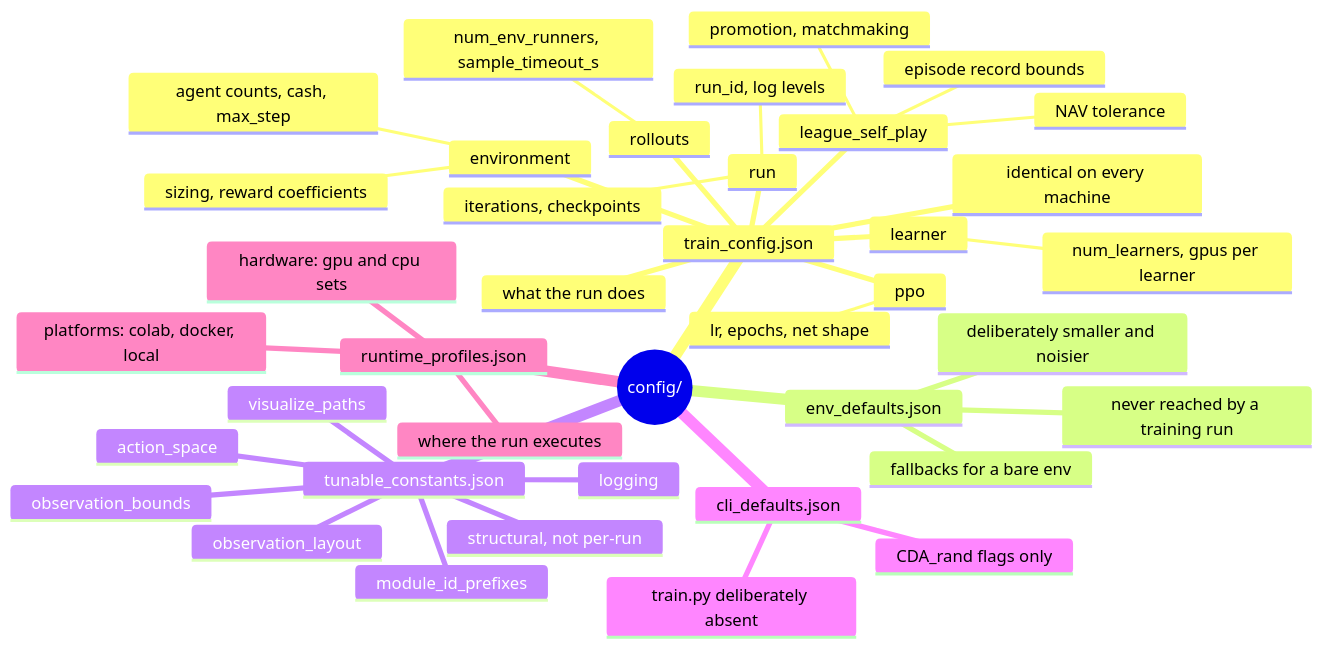
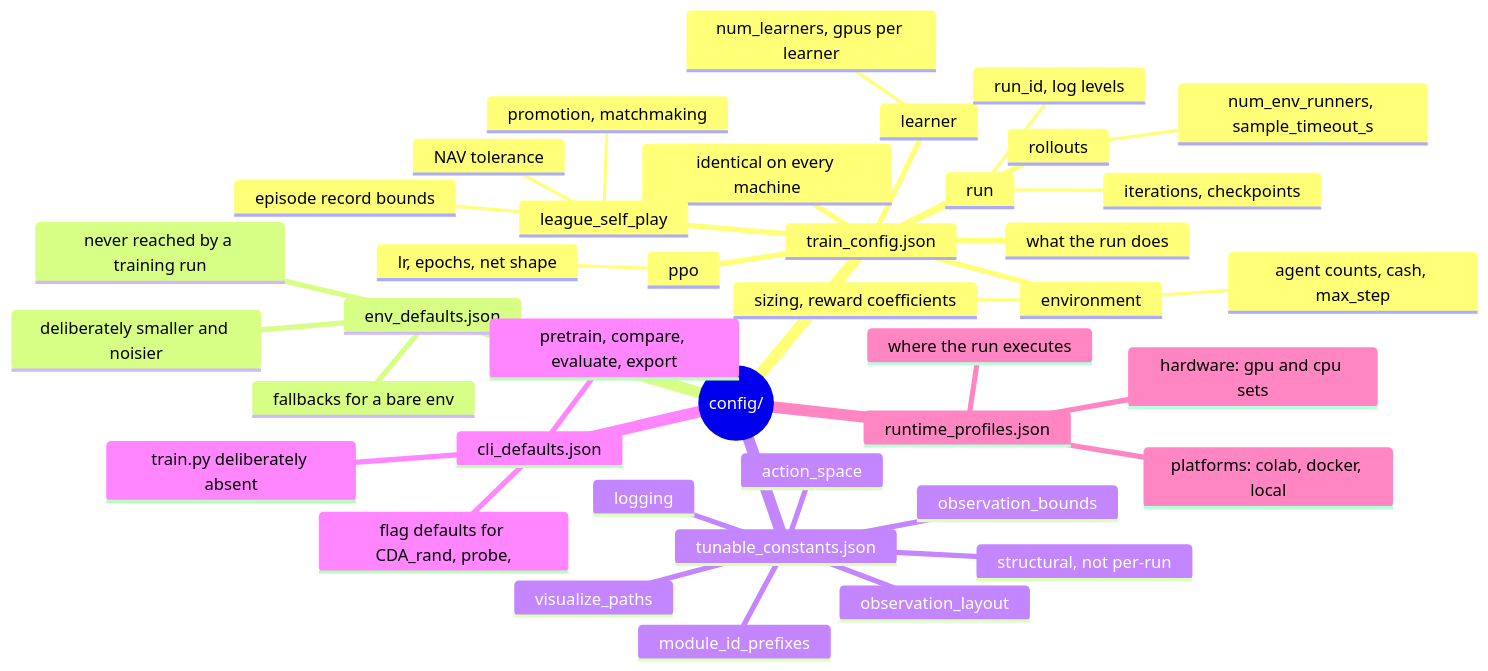
The first of 3 diagrams in docs/18_configuration.md (ChuaCheowHuan/gym-continuousDoubleAuction), drawn with Mermaid before and after one commit. The commit also changed 12 other files, not shown here.

First line of the commit message:
Docs: correct stale diagrams and figures, add liquidation and checkpoint flows

````diff
--- a/docs/18_configuration.md
+++ b/docs/18_configuration.md
@@ -28,42 +28,43 @@
 ```mermaid
 mindmap
   root((config/))
     train_config.json
       what the run does
       identical on every machine
       environment
         agent counts, cash, max_step
         sizing, reward coefficients
       rollouts
         num_env_runners, sample_timeout_s
       learner
         num_learners, gpus per learner
       ppo
         lr, epochs, net shape
       league_self_play
         promotion, matchmaking
         episode record bounds
         NAV tolerance
       run
         iterations, checkpoints
         run_id, log levels
     env_defaults.json
       fallbacks for a bare env
       deliberately smaller and noisier
       never reached by a training run
     tunable_constants.json
       structural, not per-run
       observation_layout
       observation_bounds
       action_space
       module_id_prefixes
       logging
       visualize_paths
     cli_defaults.json
-      CDA_rand flags only
+      flag defaults for CDA_rand, probe,
+      pretrain, compare, evaluate, export
       train.py deliberately absent
     runtime_profiles.json
       where the run executes
       hardware: gpu and cpu sets
       platforms: colab, docker, local
 ```
````
